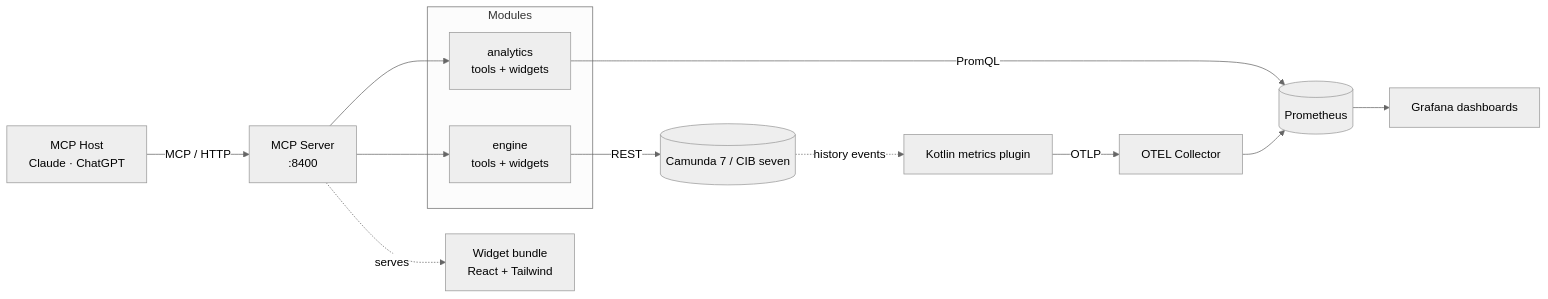
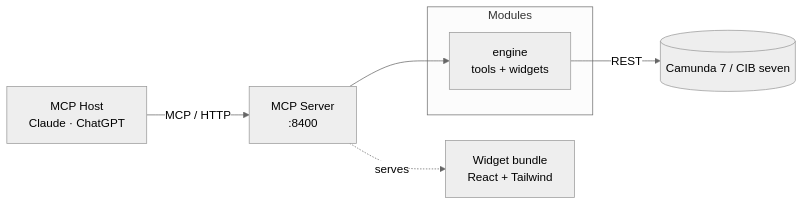
One commit to Miragon/pulse changed the diagram in docs/mcp/architecture.md. Above: the diagram before and after it, drawn with Mermaid (neutral theme). The commit also changed other lines of this file and 2074 other files, not shown here.

````diff
--- a/docs/mcp/architecture.md
+++ b/docs/mcp/architecture.md
@@ -10,22 +9,14 @@
 ```mermaid
 flowchart LR
   Host[MCP Host<br/>Claude · ChatGPT] -->|MCP / HTTP| Server[MCP Server<br/>:8400]
 
   subgraph Modules
     EngineModule[engine<br/>tools + widgets]
-    Analytics[analytics<br/>tools + widgets]
   end
 
   Server --> EngineModule
-  Server --> Analytics
 
   EngineModule -->|REST| Engine[(Camunda 7 / CIB seven)]
-  Analytics -->|PromQL| Prom[(Prometheus)]
-
-  Engine -. history events .-> Plugin[Kotlin metrics plugin]
-  Plugin -- OTLP --> Collector[OTEL Collector]
-  Collector --> Prom
-  Prom --> Grafana[Grafana dashboards]
 
   Server -. serves .-> Widgets[Widget bundle<br/>React + Tailwind]
 ```
````
